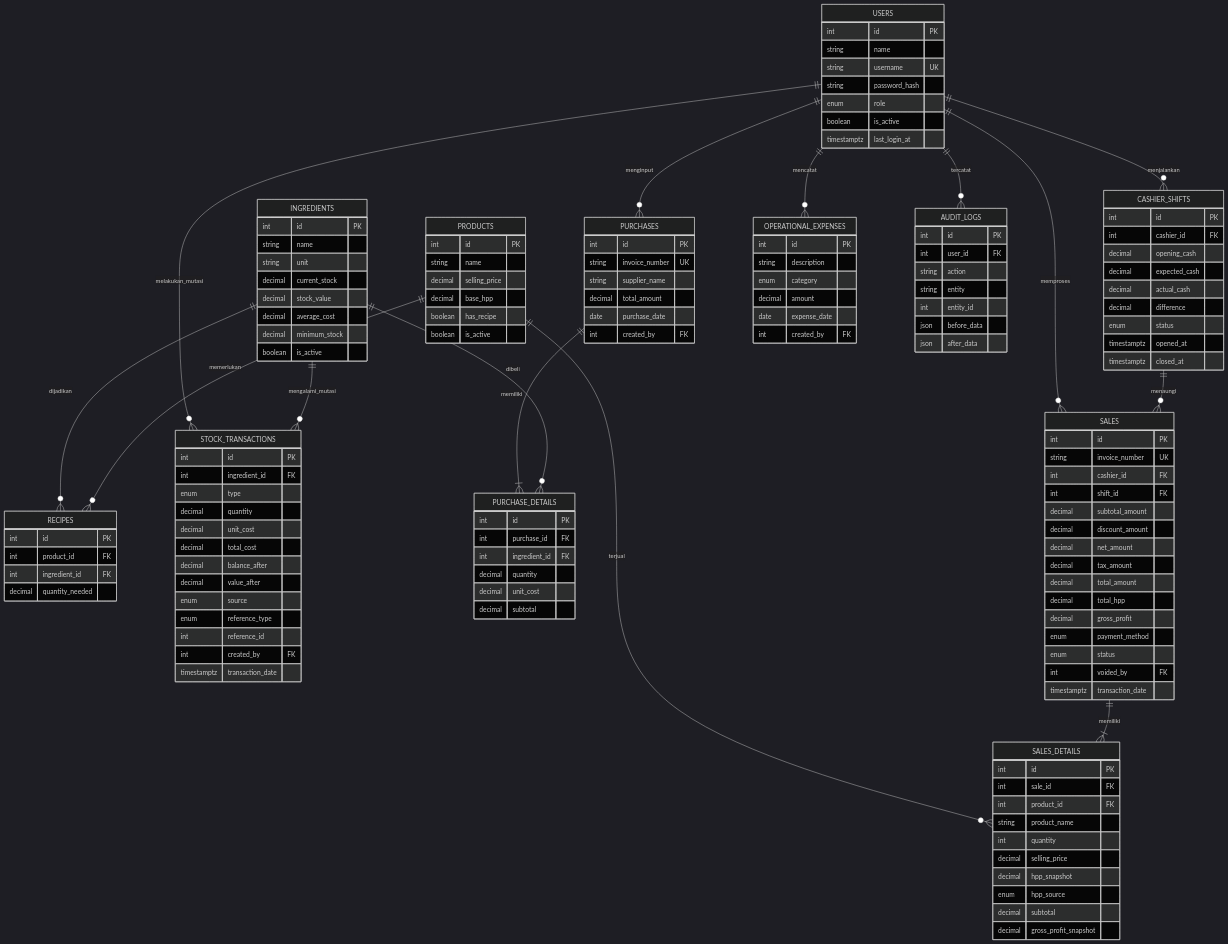
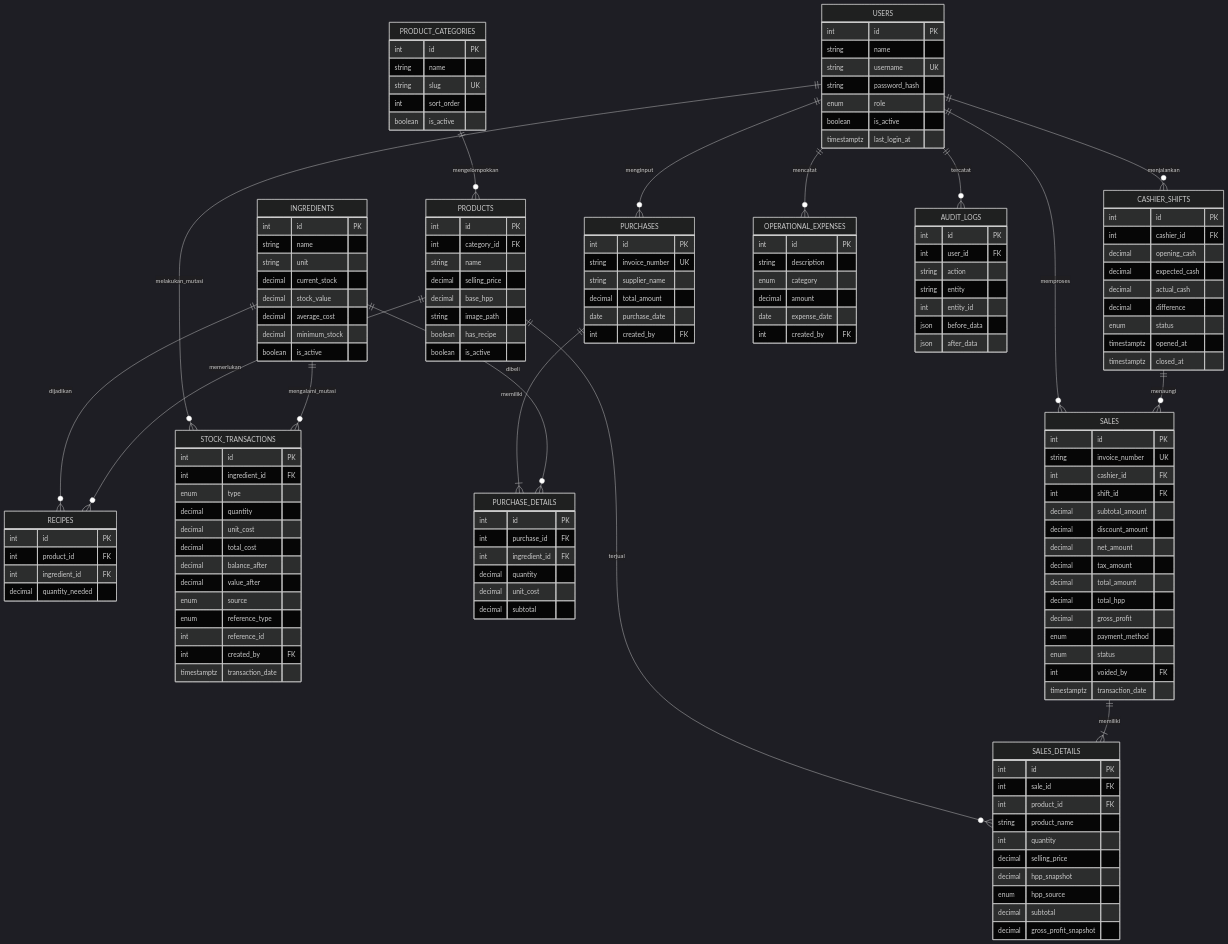
Before and after one commit to fahmibastari/pos-merbaoe: the second of 6 diagrams in README.md, drawn with Mermaid (dark theme). The commit also changed other lines of this file and 62 other files, not shown here.

````diff
--- a/README.md
+++ b/README.md
@@ -1183,11 +1260,20 @@
         decimal minimum_stock
         boolean is_active
     }
+    PRODUCT_CATEGORIES {
+        int id PK
+        string name
+        string slug UK
+        int sort_order
+        boolean is_active
+    }
     PRODUCTS {
         int id PK
+        int category_id FK
         string name
         decimal selling_price
         decimal base_hpp
+        string image_path
         boolean has_recipe
         boolean is_active
     }
@@ -1298,8 +1384,9 @@
     INGREDIENTS    ||--o{ RECIPES          : "dijadikan"
     INGREDIENTS    ||--o{ STOCK_TRANSACTIONS : "mengalami_mutasi"
 
-    PRODUCTS       ||--o{ RECIPES        : "memerlukan"
-    PRODUCTS       ||--o{ SALES_DETAILS  : "terjual"
+    PRODUCT_CATEGORIES ||--o{ PRODUCTS       : "mengelompokkan"
+    PRODUCTS           ||--o{ RECIPES        : "memerlukan"
+    PRODUCTS           ||--o{ SALES_DETAILS  : "terjual"
     SALES          ||--|{ SALES_DETAILS  : "memiliki"
     CASHIER_SHIFTS ||--o{ SALES          : "menaungi"
 ```
````
